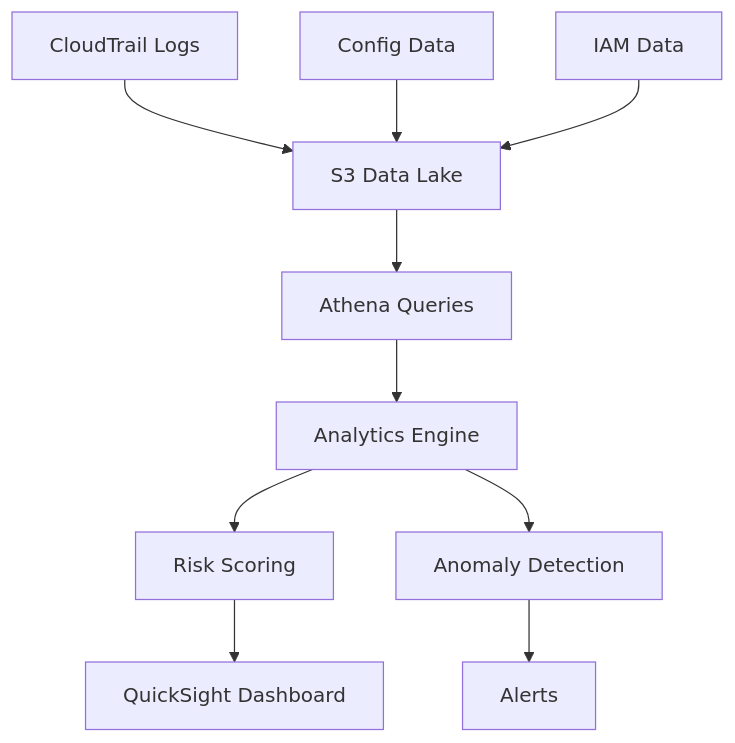
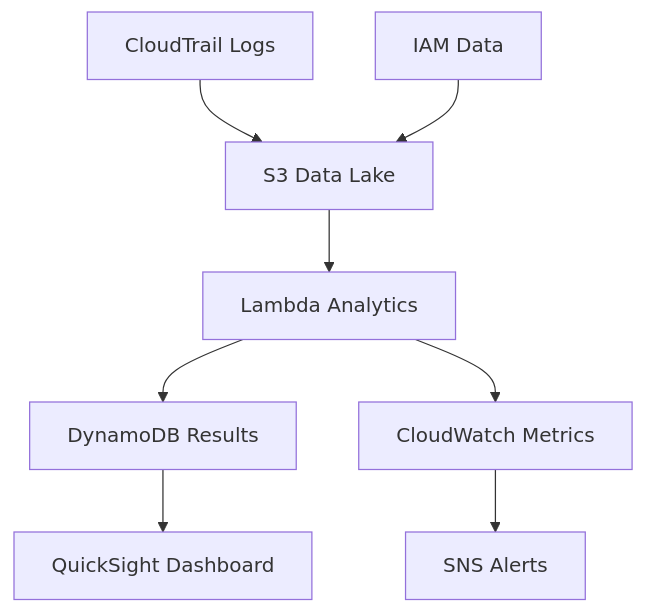
One commit to trtrantnt/workshop changed the diagram in content/5-Phan-tich-Dac-quyen/_index.vi.md. Above: the diagram before and after it, drawn with Mermaid. The commit also changed other lines of this file and 46 other files, not shown here.

````diff
--- a/content/5-Phan-tich-Dac-quyen/_index.vi.md
+++ b/content/5-Phan-tich-Dac-quyen/_index.vi.md
@@ -13,12 +13,10 @@
 ```mermaid
 graph TB
     A[CloudTrail Logs] --> B[S3 Data Lake]
-    C[Config Data] --> B
-    D[IAM Data] --> B
-    B --> E[Athena Queries]
-    E --> F[Analytics Engine]
-    F --> G[Risk Scoring]
-    G --> H[QuickSight Dashboard]
-    F --> I[Anomaly Detection]
-    I --> J[Alerts]
+    C[IAM Data] --> B
+    B --> D[Lambda Analytics]
+    D --> E[DynamoDB Results]
+    E --> F[QuickSight Dashboard]
+    D --> G[CloudWatch Metrics]
+    G --> H[SNS Alerts]
 ```
````
